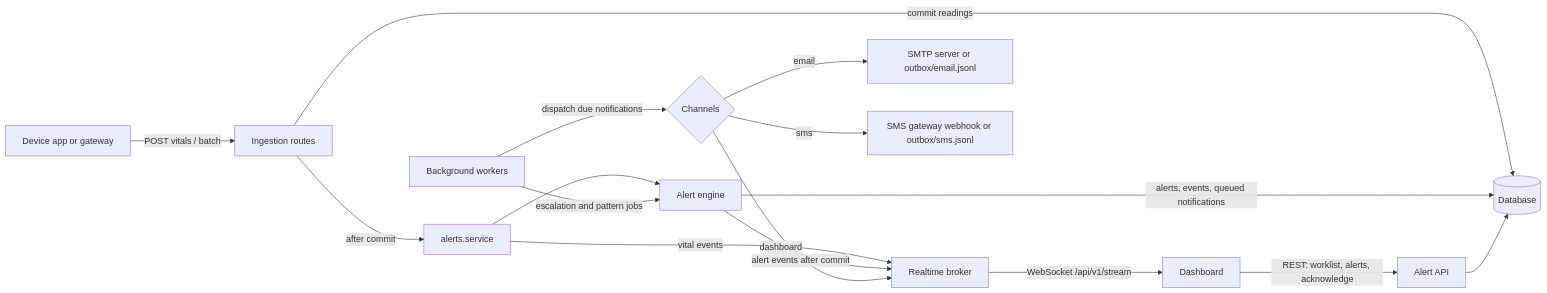
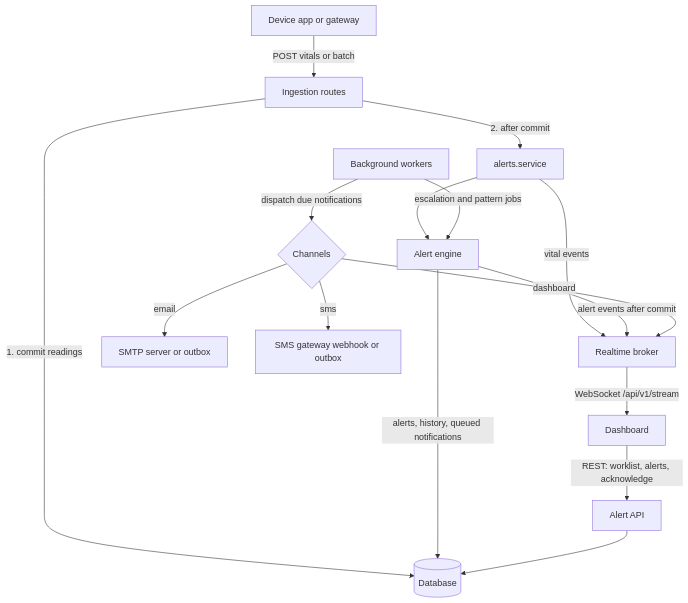
The diagram in phase4-alert-system/docs/INTEGRATION_GUIDE.md (tgsimonson/MSCS699_HealthTrack), drawn with Mermaid before and after one commit. The commit also changed 7 other files, not shown here.

````diff
--- a/phase4-alert-system/docs/INTEGRATION_GUIDE.md
+++ b/phase4-alert-system/docs/INTEGRATION_GUIDE.md
@@ -23,18 +23,18 @@
 ```mermaid
-flowchart LR
-    dev[Device app or gateway] -->|POST vitals / batch| ing[Ingestion routes]
-    ing -->|commit readings| db[(Database)]
-    ing -->|after commit| svc[alerts.service]
+flowchart TB
+    dev[Device app or gateway] -->|POST vitals or batch| ing[Ingestion routes]
+    ing -->|1. commit readings| db[(Database)]
+    ing -->|2. after commit| svc[alerts.service]
     svc -->|vital events| bus[Realtime broker]
     svc --> eng[Alert engine]
-    eng -->|alerts, events, queued notifications| db
+    eng -->|alerts, history, queued notifications| db
     eng -->|alert events after commit| bus
-    wk[Background workers] -->|dispatch due notifications| ch{Channels}
-    wk -->|escalation and pattern jobs| eng
+    wk[Background workers] -->|escalation and pattern jobs| eng
+    wk -->|dispatch due notifications| ch{Channels}
     ch -->|dashboard| bus
-    ch -->|email| smtp[SMTP server or outbox/email.jsonl]
-    ch -->|sms| gw[SMS gateway webhook or outbox/sms.jsonl]
+    ch -->|email| smtp[SMTP server or outbox]
+    ch -->|sms| gw[SMS gateway webhook or outbox]
     bus -->|WebSocket /api/v1/stream| dash[Dashboard]
     dash -->|REST: worklist, alerts, acknowledge| api[Alert API]
     api --> db
 ```
````
